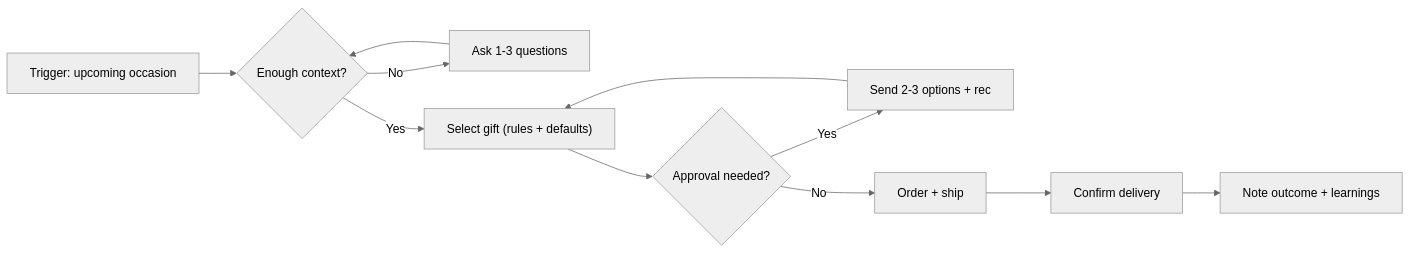
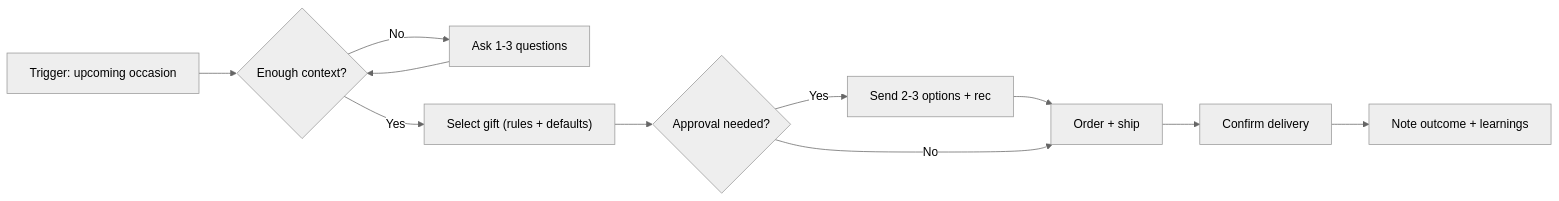
Before and after one commit to chriswinsatlife/athena_playbooks: the diagram in athena/playbooks/gift-automation/assets/diagrams_src/workflow.md, drawn with Mermaid (neutral theme). The commit also changed other lines of this file and 32 other files, not shown here.

````diff
--- a/athena/playbooks/gift-automation/assets/diagrams_src/workflow.md
+++ b/athena/playbooks/gift-automation/assets/diagrams_src/workflow.md
@@ -7,13 +7,13 @@
 ```mermaid
 flowchart LR
   T["Trigger: upcoming occasion"] --> C{"Enough context?"}
   C -->|No| Q["Ask 1-3 questions"]
   Q --> C
   C -->|Yes| R["Select gift (rules + defaults)"]
   R --> A{"Approval needed?"}
   A -->|Yes| P["Send 2-3 options + rec"]
-  P --> R
+  P --> O
   A -->|No| O["Order + ship"]
   O --> D["Confirm delivery"]
   D --> N["Note outcome + learnings"]
 ```
````
